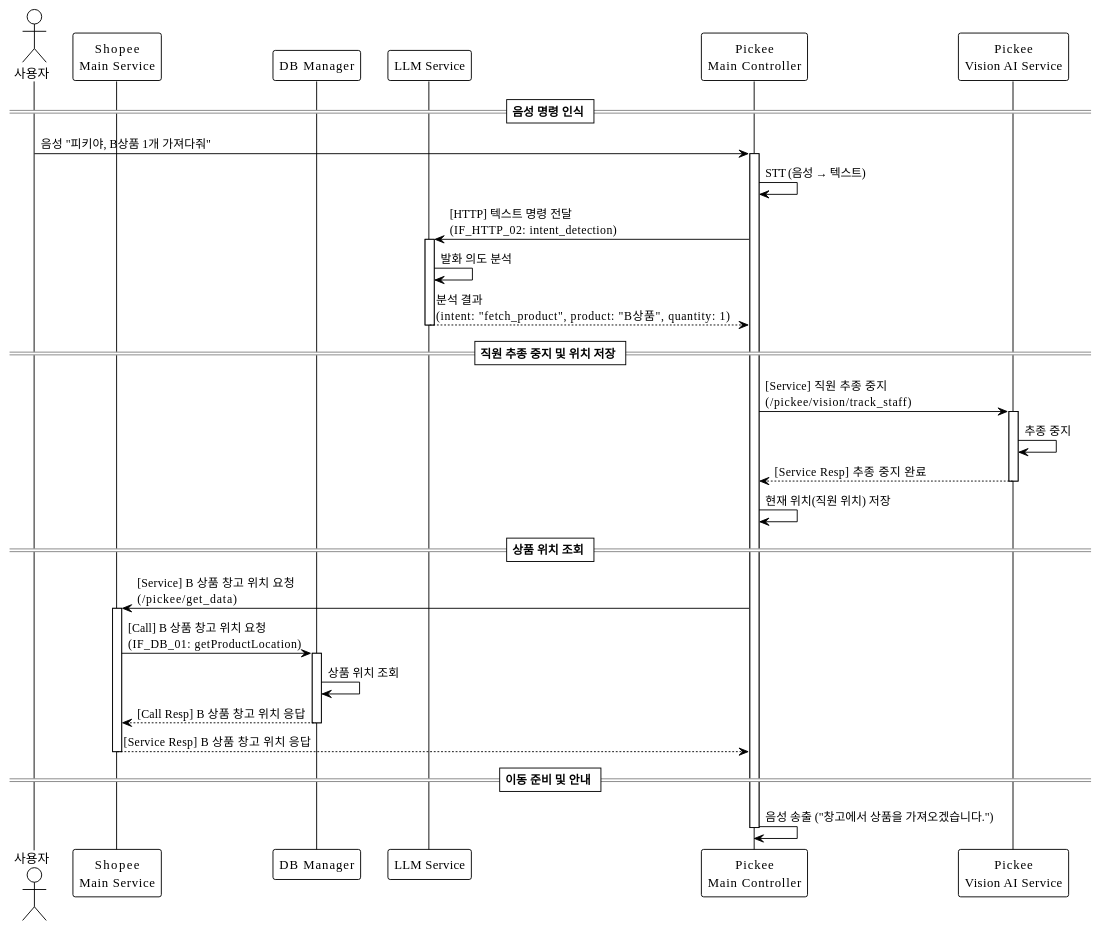
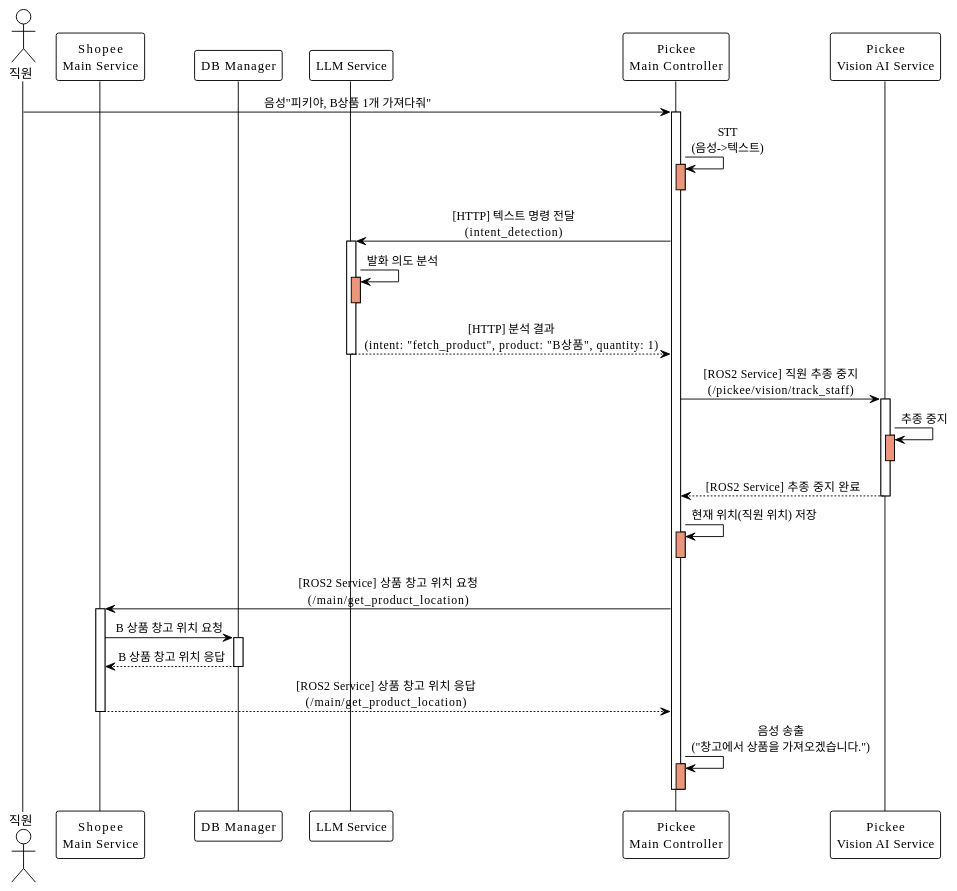
Before and after one commit to addinedu-roscamp-7th/roscamp-repo-1: the diagram in docs/SequenceDiagram/SC_06_3.md, drawn with PlantUML. The commit also changed 13 other files, not shown here.

```diff
--- a/docs/SequenceDiagram/SC_06_3.md
+++ b/docs/SequenceDiagram/SC_06_3.md
@@ -1,48 +1,61 @@
-@startuml SC_06_3_Pickee_상품요청
+@startuml SC_06_3
 !theme plain
+skinparam backgroundColor #FFFFFF
+skinparam sequenceMessageAlign center
 
-actor 사용자
-participant "Shopee\nMain Service" as Service
-participant "DB Manager" as DB
-participant "LLM Service" as LLM
-participant "Pickee\nMain Controller" as MainCtrl
-participant "Pickee\nVision AI Service" as Vision
+actor "직원" as user
+participant "Shopee\nMain Service" as main
+participant "DB Manager" as db
+participant "LLM Service" as llm
+participant "Pickee\nMain Controller" as pickee_main
+participant "Pickee\nVision AI Service" as vision
 
-== 음성 명령 인식 ==
+user -> pickee_main: 음성"피키야, B상품 1개 가져다줘"
+activate pickee_main
 
-사용자 -> MainCtrl: 음성 "피키야, B상품 1개 가져다줘"
-activate MainCtrl
-MainCtrl -> MainCtrl: STT (음성 → 텍스트)
-MainCtrl -> LLM: [HTTP] 텍스트 명령 전달\n(IF_HTTP_02: intent_detection)
-activate LLM
-LLM -> LLM: 발화 의도 분석
-LLM --> MainCtrl: 분석 결과\n(intent: "fetch_product", product: "B상품", quantity: 1)
-deactivate LLM
+pickee_main -> pickee_main: STT\n(음성->텍스트)
+activate pickee_main #DarkSalmon
+deactivate pickee_main
 
-== 직원 추종 중지 및 위치 저장 ==
+pickee_main -> llm: [HTTP] 텍스트 명령 전달\n(intent_detection)
+activate llm
 
-MainCtrl -> Vision: [Service] 직원 추종 중지\n(/pickee/vision/track_staff)
-activate Vision
-Vision -> Vision: 추종 중지
-Vision --> MainCtrl: [Service Resp] 추종 중지 완료
-deactivate Vision
-MainCtrl -> MainCtrl: 현재 위치(직원 위치) 저장
+llm -> llm: 발화 의도 분석
+activate llm #DarkSalmon
+deactivate llm
 
-== 상품 위치 조회 ==
+llm --> pickee_main: [HTTP] 분석 결과\n(intent: "fetch_product", product: "B상품", quantity: 1)
+deactivate llm
 
-MainCtrl -> Service: [Service] B 상품 창고 위치 요청\n(/pickee/get_data)
-activate Service
-Service -> DB: [Call] B 상품 창고 위치 요청\n(IF_DB_01: getProductLocation)
-activate DB
-DB -> DB: 상품 위치 조회
-DB --> Service: [Call Resp] B 상품 창고 위치 응답
-deactivate DB
-Service --> MainCtrl: [Service Resp] B 상품 창고 위치 응답
-deactivate Service
+pickee_main -> vision: [ROS2 Service] 직원 추종 중지\n(/pickee/vision/track_staff)
+activate vision
 
-== 이동 준비 및 안내 ==
+vision -> vision: 추종 중지
+activate vision #DarkSalmon
+deactivate vision
 
-MainCtrl -> MainCtrl: 음성 송출 ("창고에서 상품을 가져오겠습니다.")
-deactivate MainCtrl
+vision --> pickee_main: [ROS2 Service] 추종 중지 완료
+deactivate vision
+
+pickee_main -> pickee_main: 현재 위치(직원 위치) 저장
+activate pickee_main #DarkSalmon
+deactivate pickee_main
+
+pickee_main -> main: [ROS2 Service] 상품 창고 위치 요청\n(/main/get_product_location)
+activate main
+
+main -> db: B 상품 창고 위치 요청
+activate db
+
+db --> main: B 상품 창고 위치 응답
+deactivate db
+
+main --> pickee_main: [ROS2 Service] 상품 창고 위치 응답\n(/main/get_product_location)
+deactivate main
+
+pickee_main -> pickee_main: 음성 송출\n("창고에서 상품을 가져오겠습니다.")
+activate pickee_main #DarkSalmon
+deactivate pickee_main
+deactivate pickee_main
 
 @enduml
```
